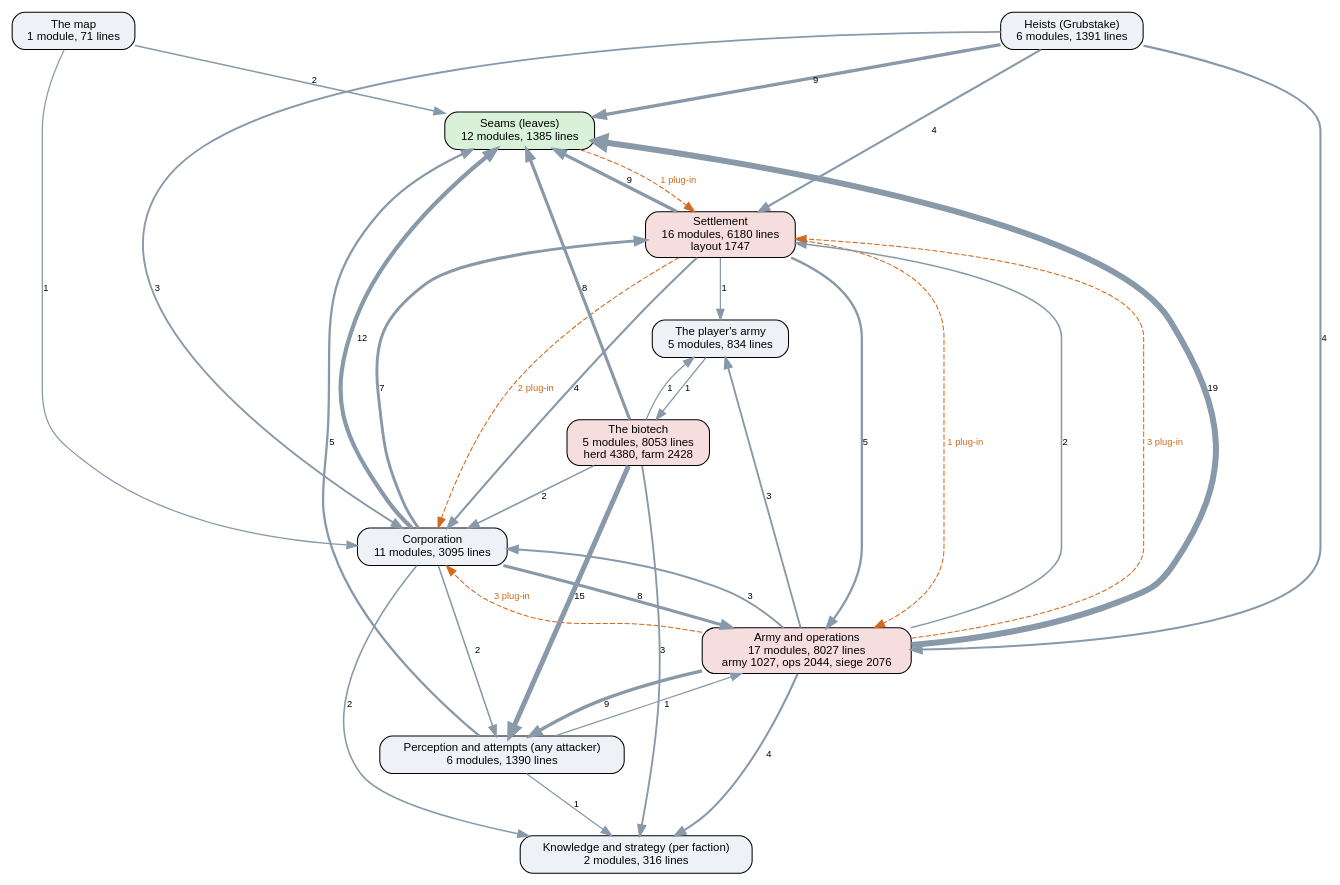
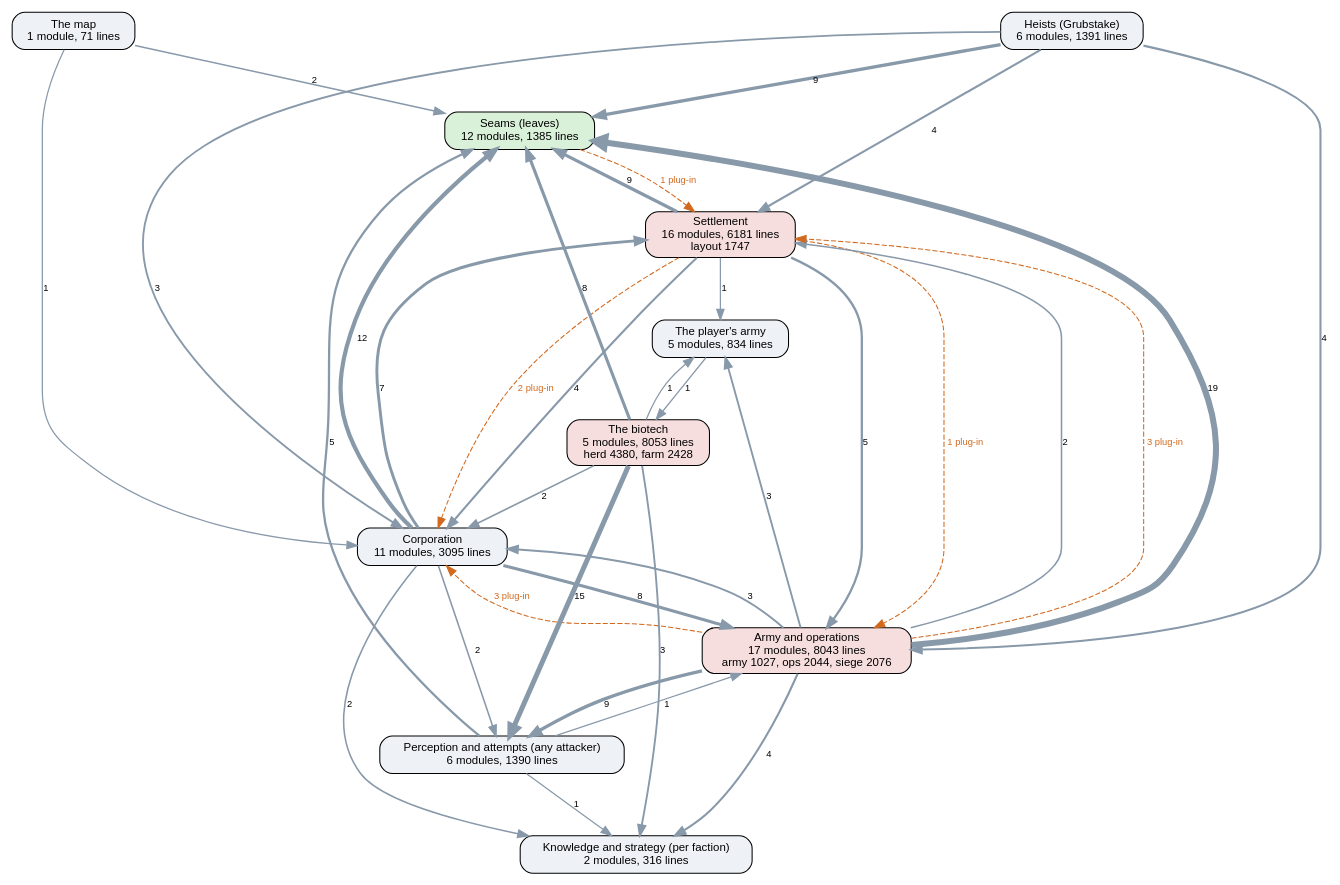
One commit to kinelhu/landing-party changed the diagram in docs/ai-layers.dot. Above: the diagram before and after it, drawn with Graphviz. The commit also changed 13 other files, not shown here.

```diff
--- a/docs/ai-layers.dot
+++ b/docs/ai-layers.dot
@@ -1,50 +1,50 @@
 digraph layers {
   graph [rankdir=TB, fontname="Helvetica", nodesep=0.5, ranksep=0.7];
   node [shape=box, style="rounded,filled", fontname="Helvetica", fontsize=11, fillcolor="#eef2f7"];
   edge [color="#8899aa", fontname="Helvetica", fontsize=9];
   "Seams (leaves)" [label="Seams (leaves)\n12 modules, 1385 lines", fillcolor="#d9f0d9"];
   "Perception and attempts (any attacker)" [label="Perception and attempts (any attacker)\n6 modules, 1390 lines", fillcolor="#eef2f7"];
   "Knowledge and strategy (per faction)" [label="Knowledge and strategy (per faction)\n2 modules, 316 lines", fillcolor="#eef2f7"];
   "Corporation" [label="Corporation\n11 modules, 3095 lines", fillcolor="#eef2f7"];
-  "Settlement" [label="Settlement\n16 modules, 6180 lines\nlayout 1747", fillcolor="#f7dede"];
-  "Army and operations" [label="Army and operations\n17 modules, 8027 lines\narmy 1027, ops 2044, siege 2076", fillcolor="#f7dede"];
+  "Settlement" [label="Settlement\n16 modules, 6181 lines\nlayout 1747", fillcolor="#f7dede"];
+  "Army and operations" [label="Army and operations\n17 modules, 8043 lines\narmy 1027, ops 2044, siege 2076", fillcolor="#f7dede"];
   "Heists (Grubstake)" [label="Heists (Grubstake)\n6 modules, 1391 lines", fillcolor="#eef2f7"];
   "The biotech" [label="The biotech\n5 modules, 8053 lines\nherd 4380, farm 2428", fillcolor="#f7dede"];
   "The map" [label="The map\n1 module, 71 lines", fillcolor="#eef2f7"];
   "The player's army" [label="The player's army\n5 modules, 834 lines", fillcolor="#eef2f7"];
   "Army and operations" -> "Corporation" [label="3", penwidth=1.8];
   "Army and operations" -> "Knowledge and strategy (per faction)" [label="4", penwidth=2.0];
   "Army and operations" -> "Perception and attempts (any attacker)" [label="9", penwidth=3.2];
   "Army and operations" -> "Seams (leaves)" [label="19", penwidth=5.8];
   "Army and operations" -> "Settlement" [label="2", penwidth=1.5];
   "Army and operations" -> "The player's army" [label="3", penwidth=1.8];
   "Corporation" -> "Army and operations" [label="8", penwidth=3.0];
   "Corporation" -> "Knowledge and strategy (per faction)" [label="2", penwidth=1.5];
   "Corporation" -> "Perception and attempts (any attacker)" [label="2", penwidth=1.5];
   "Corporation" -> "Seams (leaves)" [label="12", penwidth=4.0];
   "Corporation" -> "Settlement" [label="7", penwidth=2.8];
   "Heists (Grubstake)" -> "Army and operations" [label="4", penwidth=2.0];
   "Heists (Grubstake)" -> "Corporation" [label="3", penwidth=1.8];
   "Heists (Grubstake)" -> "Seams (leaves)" [label="9", penwidth=3.2];
   "Heists (Grubstake)" -> "Settlement" [label="4", penwidth=2.0];
   "Perception and attempts (any attacker)" -> "Army and operations" [label="1", penwidth=1.2];
   "Perception and attempts (any attacker)" -> "Knowledge and strategy (per faction)" [label="1", penwidth=1.2];
   "Perception and attempts (any attacker)" -> "Seams (leaves)" [label="5", penwidth=2.2];
   "Settlement" -> "Army and operations" [label="5", penwidth=2.2];
   "Settlement" -> "Corporation" [label="4", penwidth=2.0];
   "Settlement" -> "Seams (leaves)" [label="9", penwidth=3.2];
   "Settlement" -> "The player's army" [label="1", penwidth=1.2];
   "The biotech" -> "Corporation" [label="2", penwidth=1.5];
   "The biotech" -> "Knowledge and strategy (per faction)" [label="3", penwidth=1.8];
   "The biotech" -> "Perception and attempts (any attacker)" [label="15", penwidth=4.8];
   "The biotech" -> "Seams (leaves)" [label="8", penwidth=3.0];
   "The biotech" -> "The player's army" [label="1", penwidth=1.2];
   "The map" -> "Corporation" [label="1", penwidth=1.2];
   "The map" -> "Seams (leaves)" [label="2", penwidth=1.5];
   "The player's army" -> "The biotech" [label="1", penwidth=1.2];
   "Army and operations" -> "Corporation" [style=dashed, color="#d2691e", fontcolor="#d2691e", label="3 plug-in"];
   "Army and operations" -> "Settlement" [style=dashed, color="#d2691e", fontcolor="#d2691e", label="3 plug-in"];
   "Seams (leaves)" -> "Settlement" [style=dashed, color="#d2691e", fontcolor="#d2691e", label="1 plug-in"];
   "Settlement" -> "Army and operations" [style=dashed, color="#d2691e", fontcolor="#d2691e", label="1 plug-in"];
   "Settlement" -> "Corporation" [style=dashed, color="#d2691e", fontcolor="#d2691e", label="2 plug-in"];
 }
```
